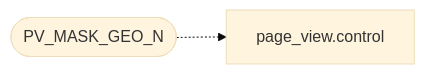
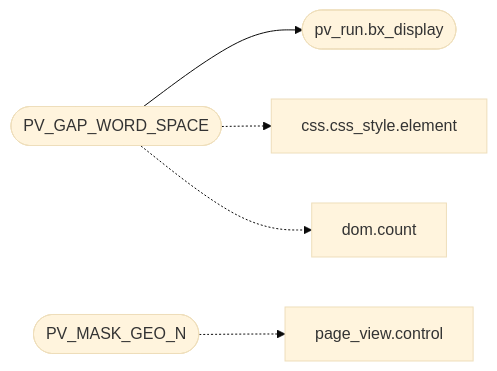
Before and after one commit to grisuno/FreeDom: the second of 2 diagrams in readmenator-apidocs/modules/include.page_view.h.md, drawn with Mermaid (base theme). The commit also changed other lines of this file and 162 other files, not shown here.

````diff
--- a/readmenator-apidocs/modules/include.page_view.h.md
+++ b/readmenator-apidocs/modules/include.page_view.h.md
@@ -61,6 +61,13 @@
 ```mermaid
 flowchart LR
+    n_include_page_view_h__PV_GAP_WORD_SPACE(["PV_GAP_WORD_SPACE"])
+    n_include_page_view_h__pv_run_bx_display(["pv_run.bx_display"])
     n_include_page_view_h__PV_MASK_GEO_N(["PV_MASK_GEO_N"])
     n_src_page_view_c__control["page_view.control"]
+    n_include_css_h__css_style_element["css.css_style.element"]
+    n_include_dom_h__count["dom.count"]
+    n_include_page_view_h__PV_GAP_WORD_SPACE --> n_include_page_view_h__pv_run_bx_display
     n_include_page_view_h__PV_MASK_GEO_N -.-> n_src_page_view_c__control
+    n_include_page_view_h__PV_GAP_WORD_SPACE -.-> n_include_css_h__css_style_element
+    n_include_page_view_h__PV_GAP_WORD_SPACE -.-> n_include_dom_h__count
 ```
````
